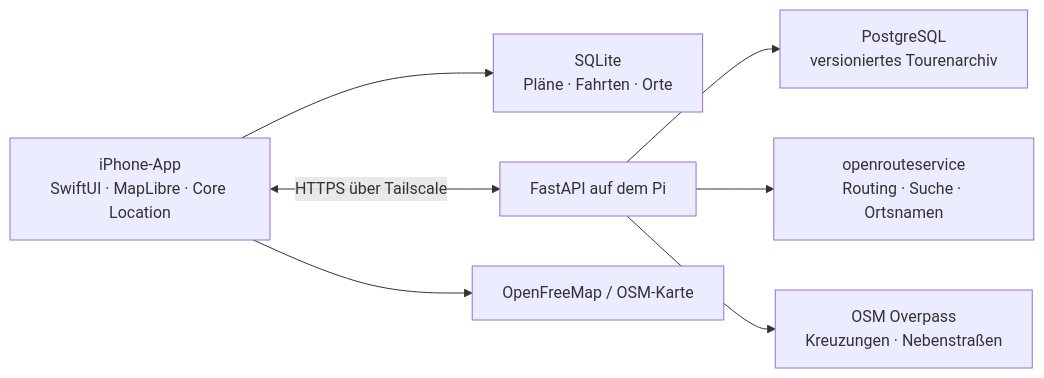
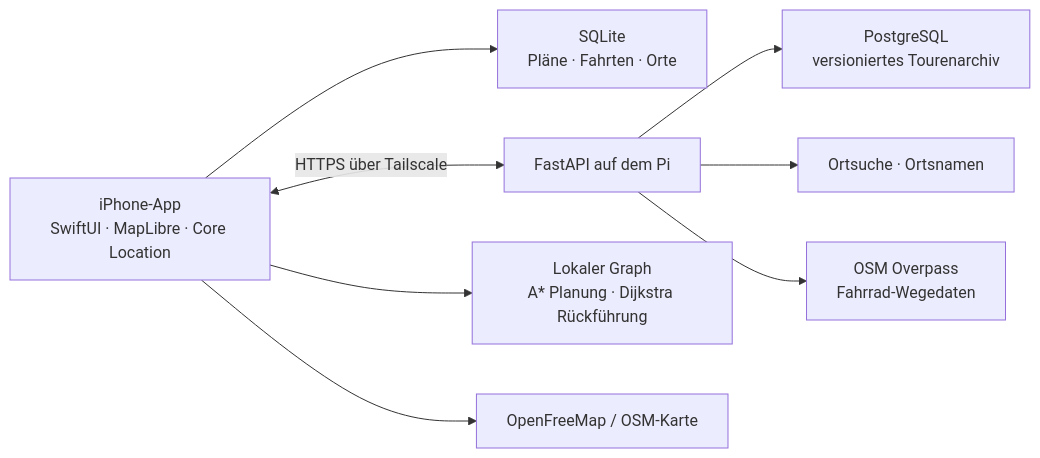
One commit to MichaelHein65/BikeNavi changed the diagram in docs/ARCHITEKTUR.md. Above: the diagram before and after it, drawn with Mermaid. The commit also changed other lines of this file and 76 other files, not shown here.

````diff
--- a/docs/ARCHITEKTUR.md
+++ b/docs/ARCHITEKTUR.md
@@ -5,9 +5,10 @@
 ```mermaid
 flowchart LR
     PHONE[iPhone-App\nSwiftUI · MapLibre · Core Location] --> LOCAL[SQLite\nPläne · Fahrten · Orte]
     PHONE <-->|HTTPS über Tailscale| API[FastAPI auf dem Pi]
     API --> ARCHIVE[PostgreSQL\nversioniertes Tourenarchiv]
-    API --> ORS[openrouteservice\nRouting · Suche · Ortsnamen]
-    API --> OSM[OSM Overpass\nKreuzungen · Nebenstraßen]
+    API --> ORS[Ortsuche · Ortsnamen]
+    PHONE --> ROUTER[Lokaler Graph\nA* Planung · Dijkstra Rückführung]
+    API --> OSM[OSM Overpass\nFahrrad-Wegedaten]
     PHONE --> MAP[OpenFreeMap / OSM-Karte]
 ```
````
